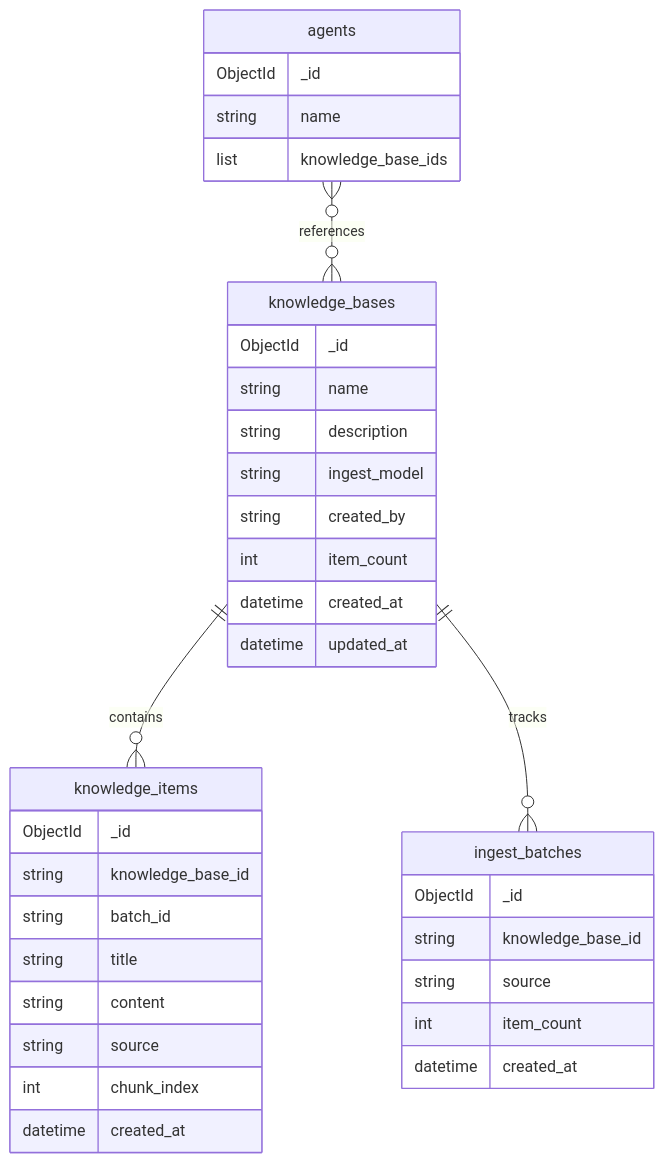
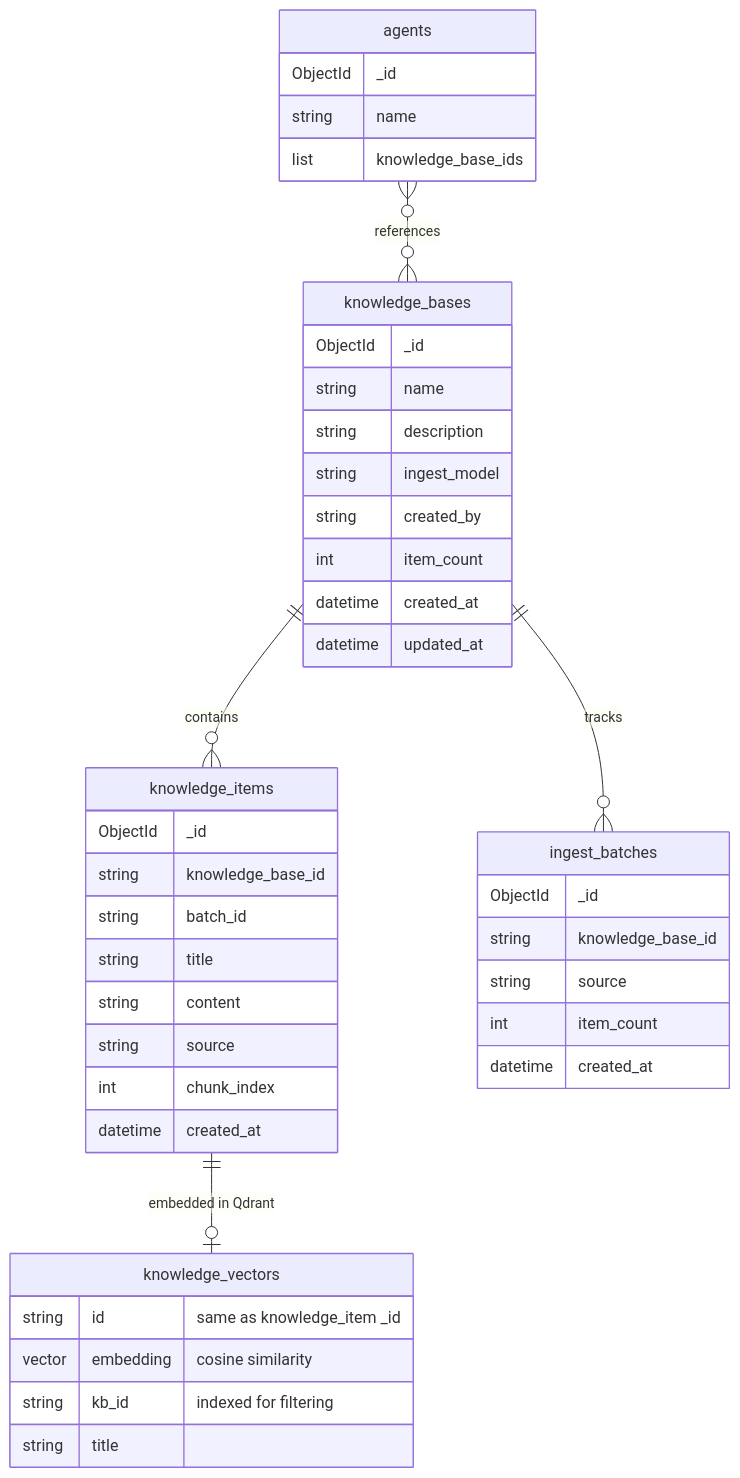
Before and after one commit to 0xdiNGo/kabAI: diagram 18 of 18 in docs/knowledge-ingestion.md, drawn with Mermaid. The commit also changed other lines of this file and 5 other files, not shown here.

````diff
--- a/docs/knowledge-ingestion.md
+++ b/docs/knowledge-ingestion.md
@@ -338,42 +681,50 @@
 ```mermaid
 erDiagram
     knowledge_bases {
         ObjectId _id
         string name
         string description
         string ingest_model
         string created_by
         int item_count
         datetime created_at
         datetime updated_at
     }
     
     knowledge_items {
         ObjectId _id
         string knowledge_base_id
         string batch_id
         string title
         string content
         string source
         int chunk_index
         datetime created_at
     }
     
     ingest_batches {
         ObjectId _id
         string knowledge_base_id
         string source
         int item_count
         datetime created_at
     }
     
+    knowledge_vectors {
+        string id "same as knowledge_item _id"
+        vector embedding "cosine similarity"
+        string kb_id "indexed for filtering"
+        string title
+    }
+    
     agents {
         ObjectId _id
         string name
         list knowledge_base_ids
     }
     
     knowledge_bases ||--o{ knowledge_items : contains
     knowledge_bases ||--o{ ingest_batches : tracks
+    knowledge_items ||--o| knowledge_vectors : "embedded in Qdrant"
     agents }o--o{ knowledge_bases : references
 ```
````
